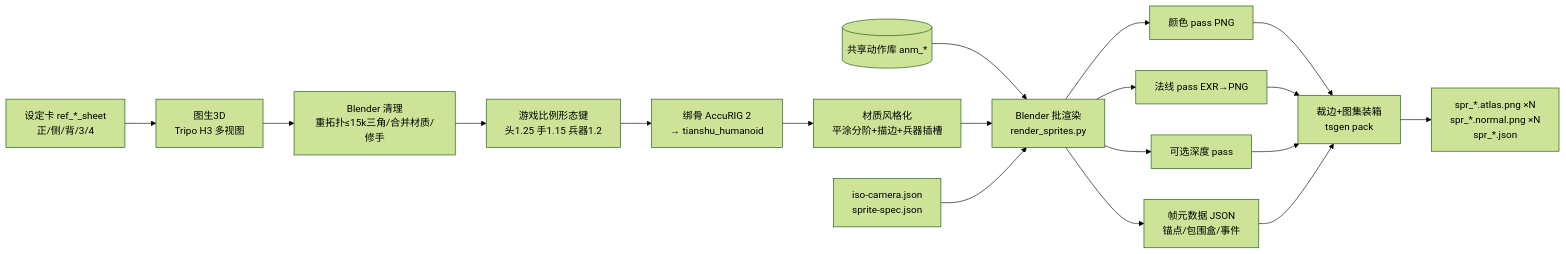
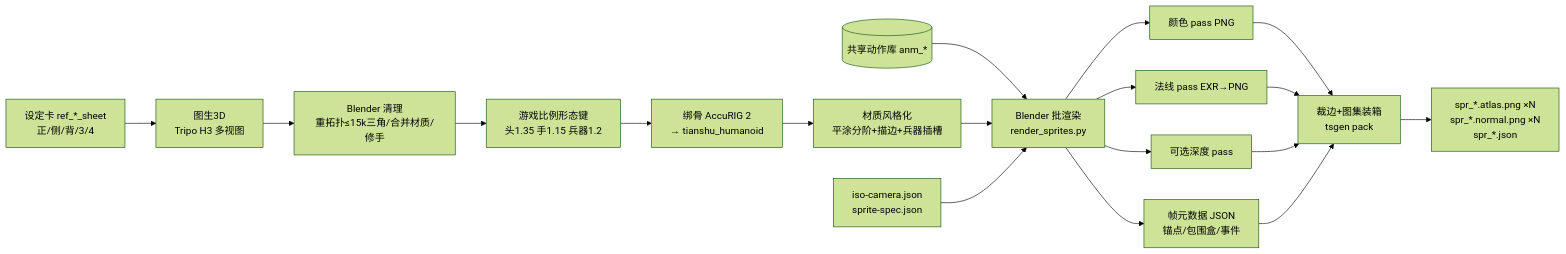
One commit to radarxc/jinyongqunxia changed the fifth of 8 diagrams in docs/tech/07-asset-generation.md. Above: the diagram before and after it, drawn with Mermaid (forest theme). The commit also changed other lines of this file and 4 other files, not shown here.

````diff
--- a/docs/tech/07-asset-generation.md
+++ b/docs/tech/07-asset-generation.md
@@ -649,17 +674,17 @@
 ```mermaid
 flowchart LR
   S[设定卡 ref_*_sheet<br/>正/侧/背/3/4] --> M1[图生3D<br/>Tripo H3 多视图]
   M1 --> M2[Blender 清理<br/>重拓扑≤15k三角/合并材质/修手]
-  M2 --> M3[游戏比例形态键<br/>头1.25 手1.15 兵器1.2]
+  M2 --> M3[游戏比例形态键<br/>头1.35 手1.15 兵器1.2]
   M3 --> M4[绑骨 AccuRIG 2<br/>→ tianshu_humanoid]
   M4 --> M5[材质风格化<br/>平涂分阶+描边+兵器插槽]
   L[(共享动作库 anm_*)] --> R
   M5 --> R[Blender 批渲染<br/>render_sprites.py]
   CAM[iso-camera.json<br/>sprite-spec.json] --> R
   R --> P1[颜色 pass PNG]
   R --> P2[法线 pass EXR→PNG]
   R --> P3[可选深度 pass]
   R --> META[帧元数据 JSON<br/>锚点/包围盒/事件]
   P1 & P2 & P3 & META --> PK[裁边+图集装箱<br/>tsgen pack]
   PK --> OUT[spr_*.atlas.png ×N<br/>spr_*.normal.png ×N<br/>spr_*.json]
 ```
````
